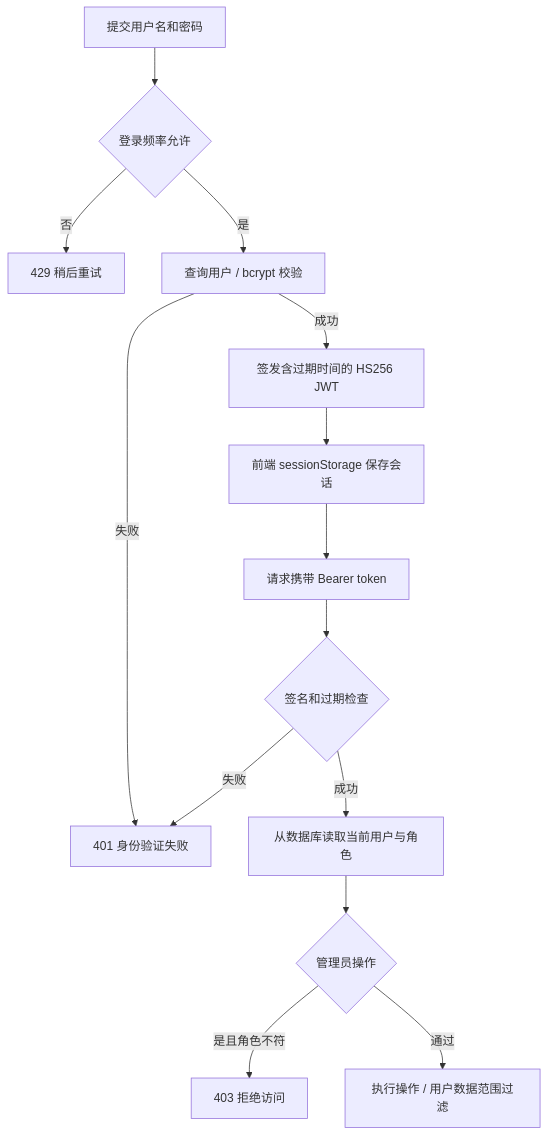
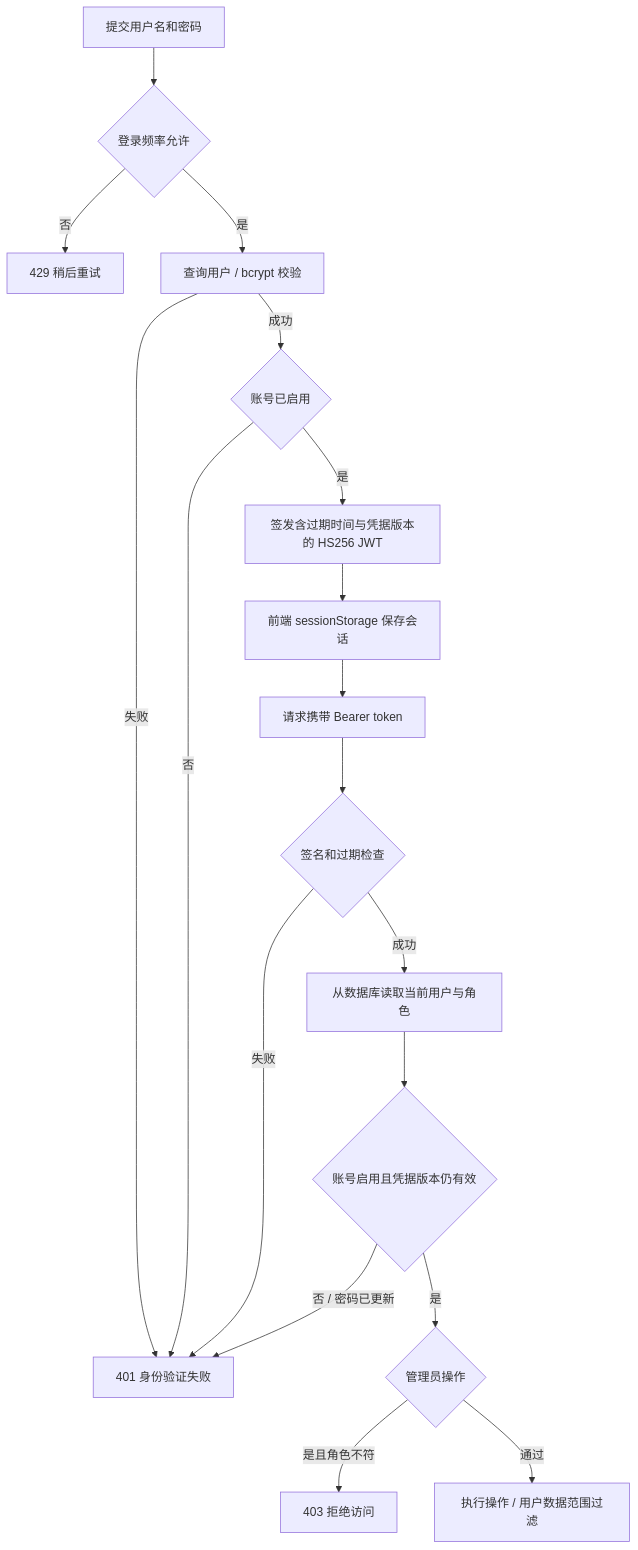
Before and after one commit to Tianle566/prompt-sentinel: the diagram in docs/auth-flow.mmd, drawn with Mermaid. The commit also changed 98 other files, not shown here.

```diff
--- a/docs/auth-flow.mmd
+++ b/docs/auth-flow.mmd
@@ -1,14 +1,18 @@
 flowchart TD
     A[提交用户名和密码] --> B{登录频率允许}
     B -->|否| C[429 稍后重试]
     B -->|是| D[查询用户 / bcrypt 校验]
     D -->|失败| E[401 身份验证失败]
-    D -->|成功| F[签发含过期时间的 HS256 JWT]
+    D -->|成功| O{账号已启用}
+    O -->|否| E
+    O -->|是| F[签发含过期时间与凭据版本的 HS256 JWT]
     F --> G[前端 sessionStorage 保存会话]
     G --> H[请求携带 Bearer token]
     H --> I{签名和过期检查}
     I -->|失败| E
     I -->|成功| J[从数据库读取当前用户与角色]
-    J --> K{管理员操作}
+    J --> N{账号启用且凭据版本仍有效}
+    N -->|否 / 密码已更新| E
+    N -->|是| K{管理员操作}
     K -->|是且角色不符| L[403 拒绝访问]
     K -->|通过| M[执行操作 / 用户数据范围过滤]
```
